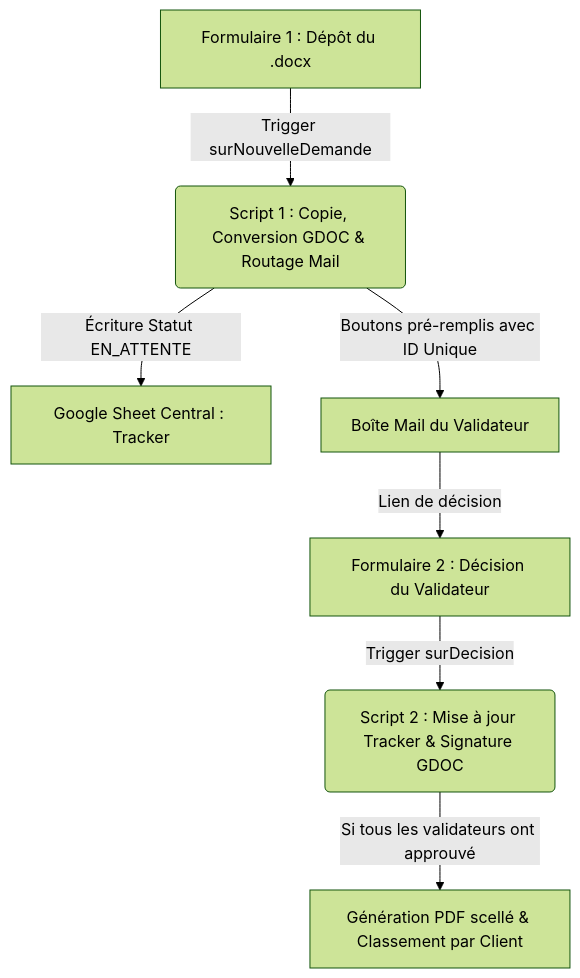
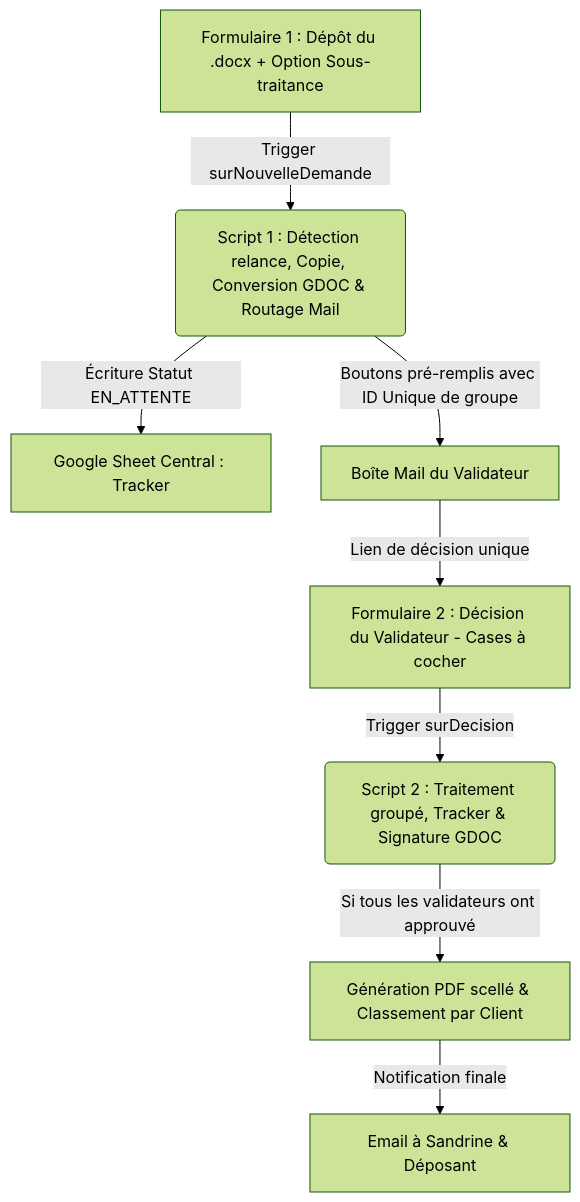
The diagram in README.md (Antho-TB/Fiche_Produit_Methode), drawn with Mermaid (forest theme) before and after one commit. The commit also changed other lines of this file and 2 other files, not shown here.

Commit message:
Evolution: Gestion sous-traitance, validation groupee par cases a cocher et relance ciblee

````diff
--- a/README.md
+++ b/README.md
@@ -20,9 +20,10 @@
 ```mermaid
 graph TD
-    A[Formulaire 1 : Dépôt du .docx] -->|Trigger surNouvelleDemande| B(Script 1 : Copie, Conversion GDOC & Routage Mail)
+    A[Formulaire 1 : Dépôt du .docx + Option Sous-traitance] -->|Trigger surNouvelleDemande| B(Script 1 : Détection relance, Copie, Conversion GDOC & Routage Mail)
     B -->|Écriture Statut EN_ATTENTE| C[Google Sheet Central : Tracker]
-    B -->|Boutons pré-remplis avec ID Unique| D[Boîte Mail du Validateur]
-    D -->|Lien de décision| E[Formulaire 2 : Décision du Validateur]
-    E -->|Trigger surDecision| F(Script 2 : Mise à jour Tracker & Signature GDOC)
+    B -->|Boutons pré-remplis avec ID Unique de groupe| D[Boîte Mail du Validateur]
+    D -->|Lien de décision unique| E[Formulaire 2 : Décision du Validateur - Cases à cocher]
+    E -->|Trigger surDecision| F(Script 2 : Traitement groupé, Tracker & Signature GDOC)
     F -->|Si tous les validateurs ont approuvé| G[Génération PDF scellé & Classement par Client]
+    G -->|Notification finale| H[Email à Sandrine & Déposant]
 ```
````
